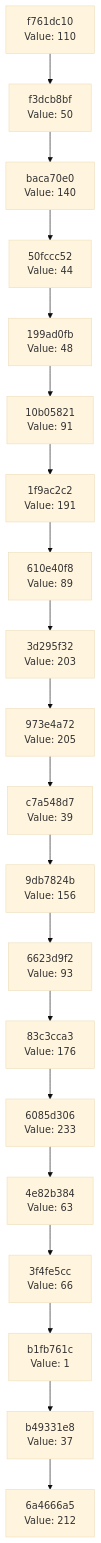
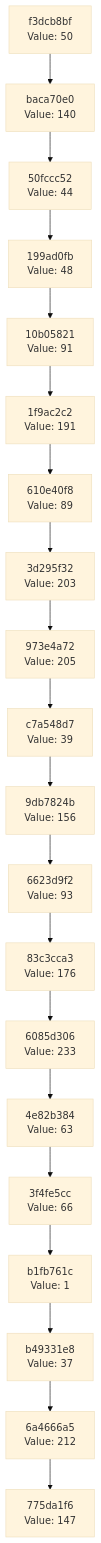
Before and after one commit to Abhisheksinha1506/hash-chain-evolver: the diagram in docs/CHAIN_VISUALIZATION.md, drawn with Mermaid (base theme). The commit also changed 3 other files, not shown here.

````diff
--- a/docs/CHAIN_VISUALIZATION.md
+++ b/docs/CHAIN_VISUALIZATION.md
@@ -3,42 +3,42 @@
 ```mermaid
 graph TD
-    C0["6a4666a5<br/>Value: 212"]
-    C1["b49331e8<br/>Value: 37"]
+    C0["775da1f6<br/>Value: 147"]
+    C1["6a4666a5<br/>Value: 212"]
     C1 --> C0
-    C2["b1fb761c<br/>Value: 1"]
+    C2["b49331e8<br/>Value: 37"]
     C2 --> C1
-    C3["3f4fe5cc<br/>Value: 66"]
+    C3["b1fb761c<br/>Value: 1"]
     C3 --> C2
-    C4["4e82b384<br/>Value: 63"]
+    C4["3f4fe5cc<br/>Value: 66"]
     C4 --> C3
-    C5["6085d306<br/>Value: 233"]
+    C5["4e82b384<br/>Value: 63"]
     C5 --> C4
-    C6["83c3cca3<br/>Value: 176"]
+    C6["6085d306<br/>Value: 233"]
     C6 --> C5
-    C7["6623d9f2<br/>Value: 93"]
+    C7["83c3cca3<br/>Value: 176"]
     C7 --> C6
-    C8["9db7824b<br/>Value: 156"]
+    C8["6623d9f2<br/>Value: 93"]
     C8 --> C7
-    C9["c7a548d7<br/>Value: 39"]
+    C9["9db7824b<br/>Value: 156"]
     C9 --> C8
-    C10["973e4a72<br/>Value: 205"]
+    C10["c7a548d7<br/>Value: 39"]
     C10 --> C9
-    C11["3d295f32<br/>Value: 203"]
+    C11["973e4a72<br/>Value: 205"]
     C11 --> C10
-    C12["610e40f8<br/>Value: 89"]
+    C12["3d295f32<br/>Value: 203"]
     C12 --> C11
-    C13["1f9ac2c2<br/>Value: 191"]
+    C13["610e40f8<br/>Value: 89"]
     C13 --> C12
-    C14["10b05821<br/>Value: 91"]
+    C14["1f9ac2c2<br/>Value: 191"]
     C14 --> C13
-    C15["199ad0fb<br/>Value: 48"]
+    C15["10b05821<br/>Value: 91"]
     C15 --> C14
-    C16["50fccc52<br/>Value: 44"]
+    C16["199ad0fb<br/>Value: 48"]
     C16 --> C15
-    C17["baca70e0<br/>Value: 140"]
+    C17["50fccc52<br/>Value: 44"]
     C17 --> C16
-    C18["f3dcb8bf<br/>Value: 50"]
+    C18["baca70e0<br/>Value: 140"]
     C18 --> C17
-    C19["f761dc10<br/>Value: 110"]
+    C19["f3dcb8bf<br/>Value: 50"]
     C19 --> C18
 ```
````
